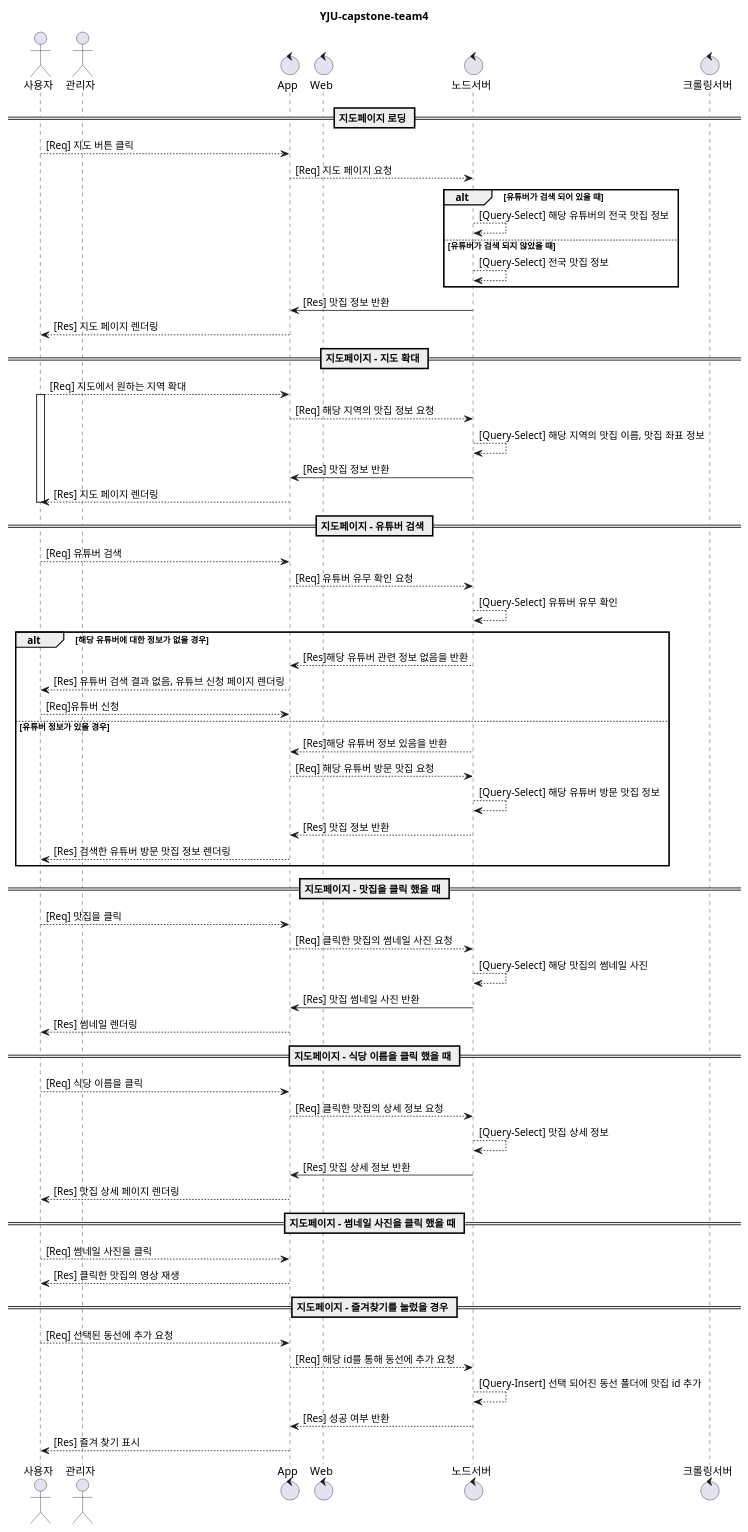
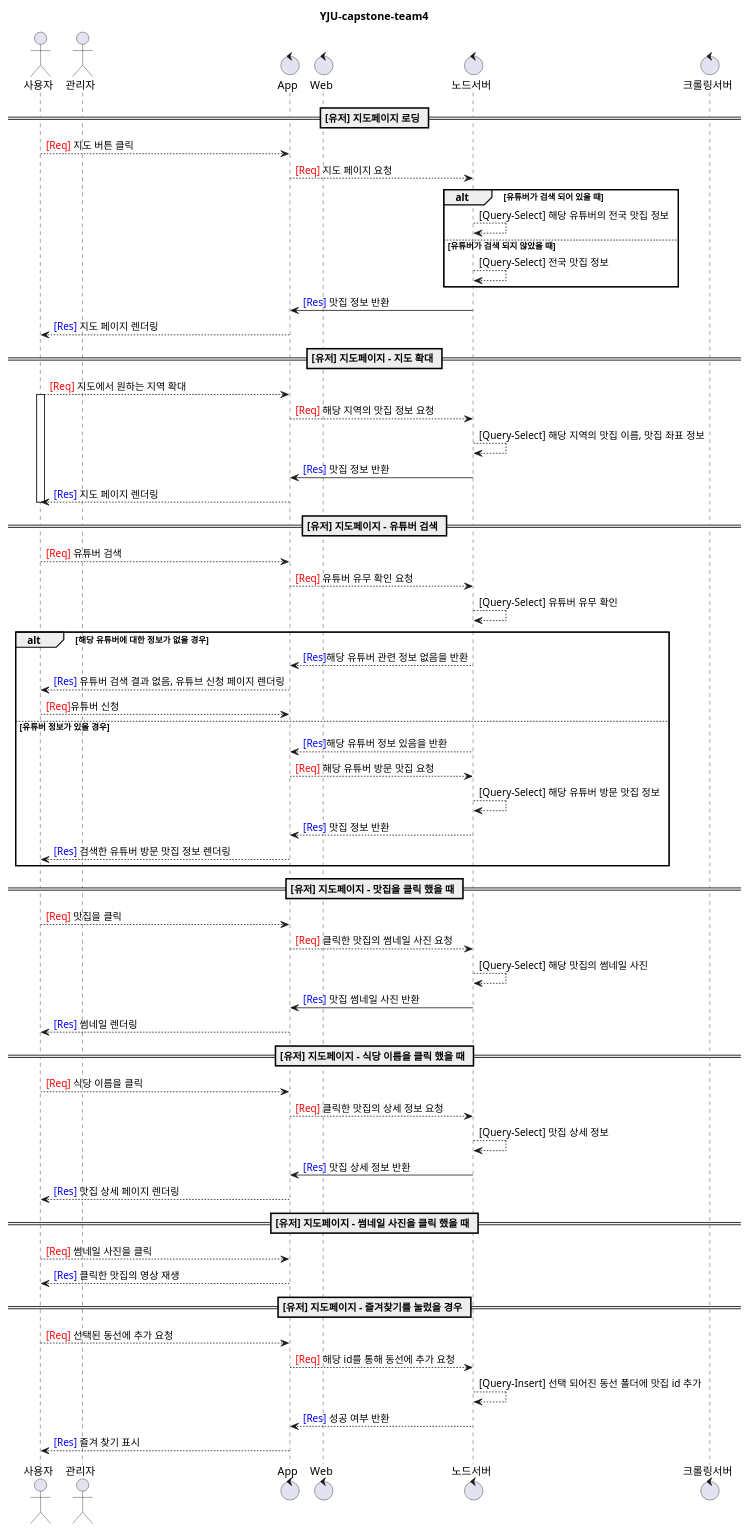
Before and after one commit to YJU-capstone-team4/Node.js-project-Server: the diagram in six.wsd, drawn with PlantUML. The commit also changed 2 other files, not shown here.

Commit message:
Feature :: 시퀀스다이어그램 세번째 수정

```diff
--- a/six.wsd
+++ b/six.wsd
@@ -2,74 +2,74 @@
 @startuml
 
 title YJU-capstone-team4
 
 actor 사용자 as User
 actor 관리자 as Admin
 
 control App
 control Web
 control 노드서버 as Node
 control 크롤링서버 as Lamda
 
-== 지도페이지 로딩 ==
-User --> App : [Req] 지도 버튼 클릭
-App --> Node : [Req] 지도 페이지 요청
+== [유저] 지도페이지 로딩 ==
+User --> App : <font color=red>[Req]</font> 지도 버튼 클릭
+App --> Node : <font color=red>[Req]</font> 지도 페이지 요청
     alt 유튜버가 검색 되어 있을 때
         Node --> Node : [Query-Select] 해당 유튜버의 전국 맛집 정보
     else 유튜버가 검색 되지 않았을 때
         Node --> Node : [Query-Select] 전국 맛집 정보
     end
-Node -> App : [Res] 맛집 정보 반환
-App --> User : [Res] 지도 페이지 렌더링
+Node -> App : <font color=blue>[Res]</font> 맛집 정보 반환
+App --> User : <font color=blue>[Res]</font> 지도 페이지 렌더링
 
-== 지도페이지 - 지도 확대 ==
-User --> App : [Req] 지도에서 원하는 지역 확대
+== [유저] 지도페이지 - 지도 확대 ==
+User --> App : <font color=red>[Req]</font> 지도에서 원하는 지역 확대
 activate User
-App --> Node : [Req] 해당 지역의 맛집 정보 요청
+App --> Node : <font color=red>[Req]</font> 해당 지역의 맛집 정보 요청
     Node --> Node : [Query-Select] 해당 지역의 맛집 이름, 맛집 좌표 정보
-Node -> App : [Res] 맛집 정보 반환
-App --> User : [Res] 지도 페이지 렌더링
+Node -> App : <font color=blue>[Res]</font> 맛집 정보 반환
+App --> User : <font color=blue>[Res]</font> 지도 페이지 렌더링
 deactivate User
 
-== 지도페이지 - 유튜버 검색 ==
-User --> App : [Req] 유튜버 검색
-App --> Node : [Req] 유튜버 유무 확인 요청
+== [유저] 지도페이지 - 유튜버 검색 ==
+User --> App : <font color=red>[Req]</font> 유튜버 검색
+App --> Node : <font color=red>[Req]</font> 유튜버 유무 확인 요청
     Node --> Node :  [Query-Select] 유튜버 유무 확인
         alt 해당 유튜버에 대한 정보가 없을 경우
-            Node --> App : [Res]해당 유튜버 관련 정보 없음을 반환
-            App --> User : [Res] 유튜버 검색 결과 없음, 유튜브 신청 페이지 렌더링 
-            User --> App : [Req]유튜버 신청
+            Node --> App : <font color=blue>[Res]</font>해당 유튜버 관련 정보 없음을 반환
+            App --> User : <font color=blue>[Res]</font> 유튜버 검색 결과 없음, 유튜브 신청 페이지 렌더링 
+            User --> App : <font color=red>[Req]</font>유튜버 신청
         else 유튜버 정보가 있을 경우
-            Node --> App : [Res]해당 유튜버 정보 있음을 반환
-            App --> Node : [Req] 해당 유튜버 방문 맛집 요청
+            Node --> App : <font color=blue>[Res]</font>해당 유튜버 정보 있음을 반환
+            App --> Node : <font color=red>[Req]</font> 해당 유튜버 방문 맛집 요청
                 Node --> Node : [Query-Select] 해당 유튜버 방문 맛집 정보
-            Node --> App : [Res] 맛집 정보 반환
-            App --> User : [Res] 검색한 유튜버 방문 맛집 정보 렌더링
+            Node --> App : <font color=blue>[Res]</font> 맛집 정보 반환
+            App --> User : <font color=blue>[Res]</font> 검색한 유튜버 방문 맛집 정보 렌더링
         end
 
-== 지도페이지 - 맛집을 클릭 했을 때 ==
-User --> App : [Req] 맛집을 클릭
-App --> Node : [Req] 클릭한 맛집의 썸네일 사진 요청
+== [유저] 지도페이지 - 맛집을 클릭 했을 때 ==
+User --> App : <font color=red>[Req]</font> 맛집을 클릭
+App --> Node : <font color=red>[Req]</font> 클릭한 맛집의 썸네일 사진 요청
     Node --> Node : [Query-Select] 해당 맛집의 썸네일 사진
-Node -> App : [Res] 맛집 썸네일 사진 반환
-App --> User : [Res] 썸네일 렌더링
+Node -> App : <font color=blue>[Res]</font> 맛집 썸네일 사진 반환
+App --> User : <font color=blue>[Res]</font> 썸네일 렌더링
 
-== 지도페이지 - 식당 이름을 클릭 했을 때 ==
-User --> App : [Req] 식당 이름을 클릭
-App --> Node : [Req] 클릭한 맛집의 상세 정보 요청
+== [유저] 지도페이지 - 식당 이름을 클릭 했을 때 ==
+User --> App : <font color=red>[Req]</font> 식당 이름을 클릭
+App --> Node : <font color=red>[Req]</font> 클릭한 맛집의 상세 정보 요청
     Node --> Node : [Query-Select] 맛집 상세 정보
-Node -> App : [Res] 맛집 상세 정보 반환
-App --> User : [Res] 맛집 상세 페이지 렌더링
+Node -> App : <font color=blue>[Res]</font> 맛집 상세 정보 반환
+App --> User : <font color=blue>[Res]</font> 맛집 상세 페이지 렌더링
 
-== 지도페이지 - 썸네일 사진을 클릭 했을 때 ==
-User --> App : [Req] 썸네일 사진을 클릭
-App --> User : [Res] 클릭한 맛집의 영상 재생
+== [유저] 지도페이지 - 썸네일 사진을 클릭 했을 때 ==
+User --> App : <font color=red>[Req]</font> 썸네일 사진을 클릭
+App --> User : <font color=blue>[Res]</font> 클릭한 맛집의 영상 재생
 
-== 지도페이지 - 즐겨찾기를 눌렀을 경우 ==
-User --> App : [Req] 선택된 동선에 추가 요청
-App --> Node : [Req] 해당 id를 통해 동선에 추가 요청
+== [유저] 지도페이지 - 즐겨찾기를 눌렀을 경우 ==
+User --> App : <font color=red>[Req]</font> 선택된 동선에 추가 요청
+App --> Node : <font color=red>[Req]</font> 해당 id를 통해 동선에 추가 요청
     Node --> Node : [Query-Insert] 선택 되어진 동선 폴더에 맛집 id 추가
-Node --> App : [Res] 성공 여부 반환
-App --> User : [Res] 즐겨 찾기 표시
+Node --> App : <font color=blue>[Res]</font> 성공 여부 반환
+App --> User : <font color=blue>[Res]</font> 즐겨 찾기 표시
 
 @enduml
```
